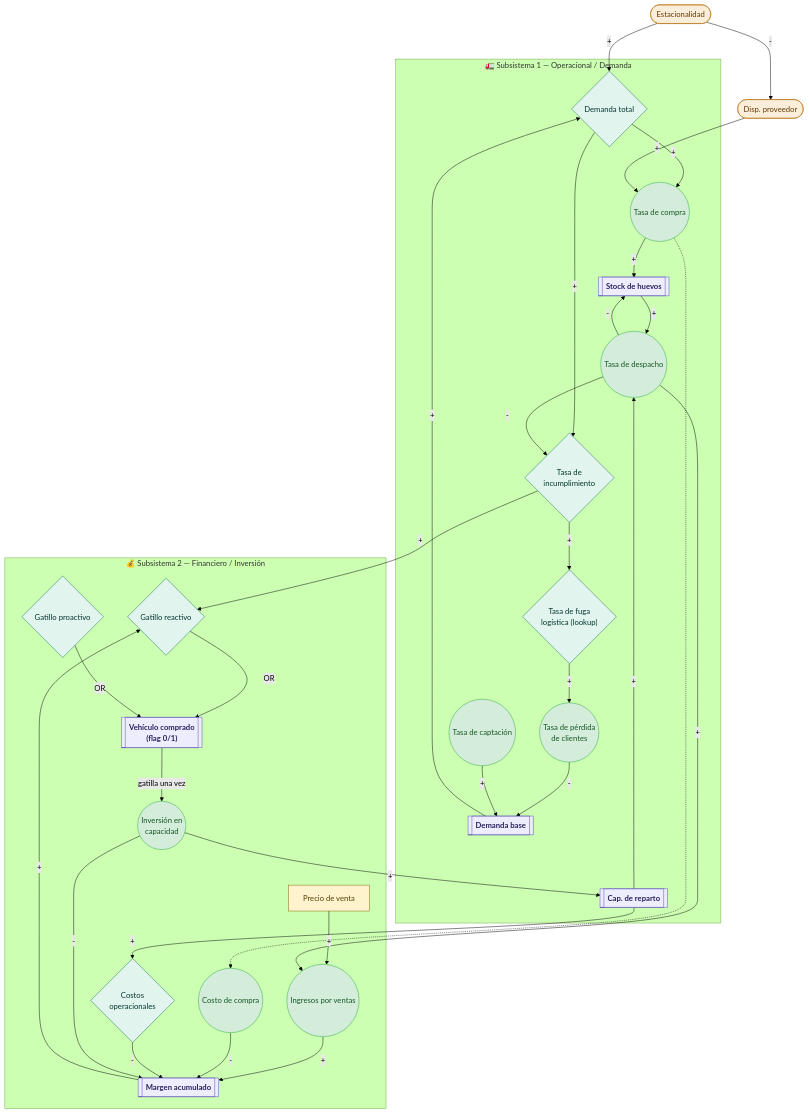
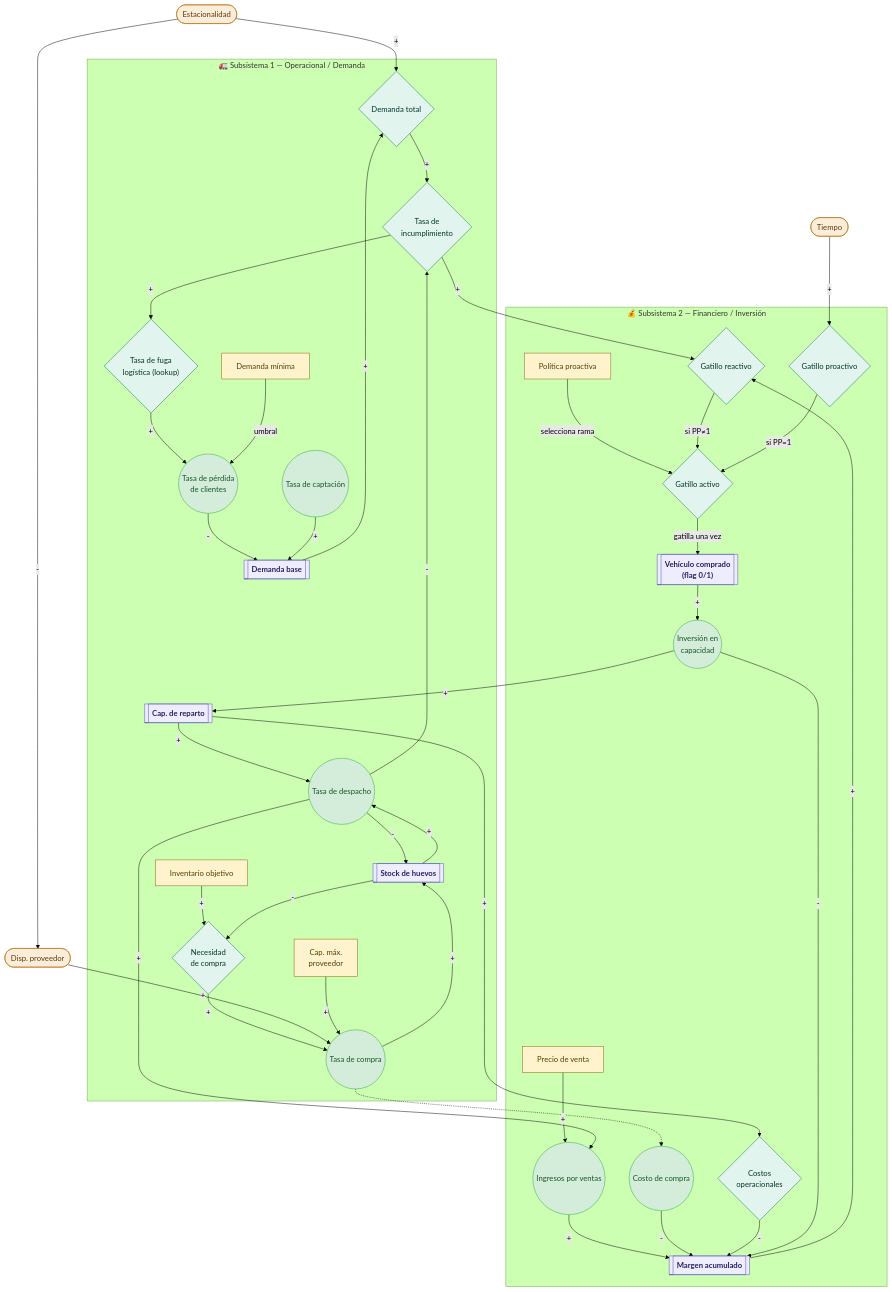
One commit to perrosxdev/Teoria-de-sistemas changed the first of 2 diagrams in docs/propuestas/carlos/modelo_forrester.md. Above: the diagram before and after it, drawn with Mermaid (forest theme). The commit also changed other lines of this file and 3 other files, not shown here.

```diff
--- a/docs/propuestas/carlos/modelo_forrester.md
+++ b/docs/propuestas/carlos/modelo_forrester.md
@@ -11,12 +11,17 @@
 flowchart TD
     E([Estacionalidad]):::exo
     DP([Disp. proveedor]):::exo
+    Ti([Tiempo]):::exo
 
     subgraph S1["🚛 Subsistema 1 — Operacional / Demanda"]
         DB[["Demanda base"]]:::stock
+        DM["Demanda mínima"]:::param
         TCap(("Tasa de captación")):::flow
         TPC(("Tasa de pérdida\nde clientes")):::flow
         DT{"Demanda total"}:::aux
+        IO["Inventario objetivo"]:::param
+        NC{"Necesidad\nde compra"}:::aux
+        CMP["Cap. máx.\nproveedor"]:::param
         TC(("Tasa de compra")):::flow
         SH[["Stock de huevos"]]:::stock
         CR[["Cap. de reparto"]]:::stock
@@ -34,23 +39,30 @@
         VC[["Vehículo comprado\n(flag 0/1)"]]:::stock
         GR{"Gatillo reactivo"}:::aux
         GP{"Gatillo proactivo"}:::aux
+        GA{"Gatillo activo"}:::aux
+        PP["Política proactiva"]:::param
         IC(("Inversión en\ncapacidad")):::flow
     end
 
     E -->|+| DT
     E -->|-| DP
     DB -->|+| DT
-    DT -->|+| TC
+    DT -->|+| TI
+
+    IO -->|+| NC
+    SH -->|-| NC
+    NC -->|+| TC
     DP -->|+| TC
+    CMP -->|+| TC
     TC -->|+| SH
     SH -->|+| TD
     CR -->|+| TD
     TD -->|-| SH
 
-    DT -->|+| TI
     TD -->|-| TI
     TI -->|+| TF
     TF -->|+| TPC
+    DM -->|umbral| TPC
     TPC -->|-| DB
     TCap -->|+| DB
 
@@ -63,9 +75,12 @@
 
     MA -->|+| GR
     TI -->|+| GR
-    GR -->|OR| VC
-    GP -->|OR| VC
-    VC -->|gatilla una vez| IC
+    Ti -->|+| GP
+    PP -->|selecciona rama| GA
+    GR -->|si PP≠1| GA
+    GP -->|si PP=1| GA
+    GA -->|gatilla una vez| VC
+    VC -->|+| IC
     IC -->|+| CR
     CR -->|+| CO
 
```
